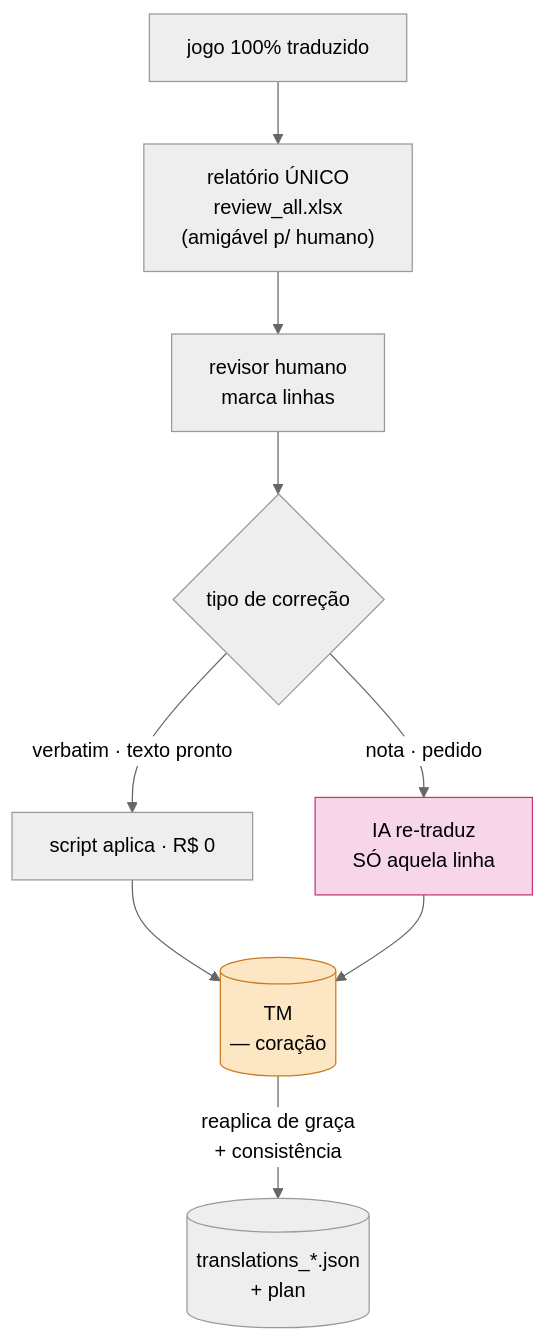
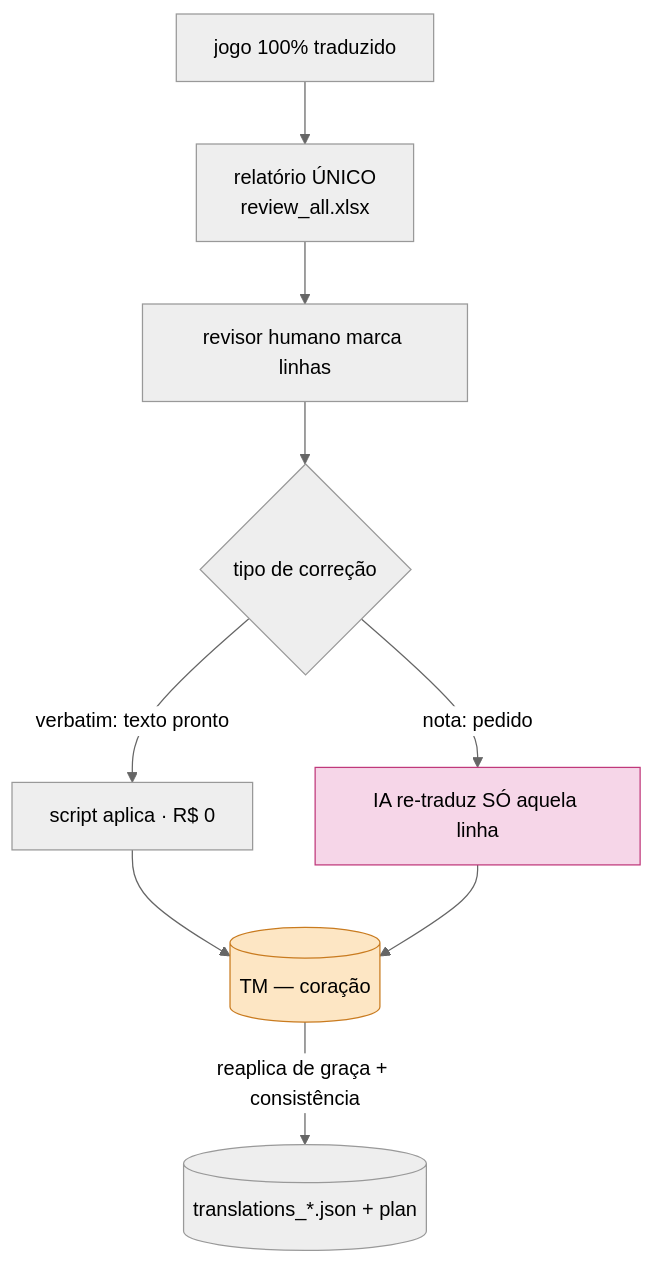
The fifth of 6 diagrams in docs/GOVERNANCE.md (scudellerlemos/translation-cognition-framework), drawn with Mermaid (neutral theme) before and after one commit. The commit also changed other lines of this file and 14 other files, not shown here.

Commit message:
docs: reescreve 15 docs com C4 em mermaid e linguagem simples

````diff
--- a/docs/GOVERNANCE.md
+++ b/docs/GOVERNANCE.md
@@ -139,15 +140,15 @@
 ```mermaid
 flowchart TB
-  done["jogo 100% traduzido"] --> rep["relatório ÚNICO<br/>review_all.xlsx<br/>(amigável p/ humano)"]
-  rep --> human["revisor humano<br/>marca linhas"]
+  done["jogo 100% traduzido"] --> rep["relatório ÚNICO<br/>review_all.xlsx"]
+  rep --> human["revisor humano marca linhas"]
   human --> apply{"tipo de correção"}
-  apply -->|"verbatim · texto pronto"| free["script aplica · R$ 0"]
-  apply -->|"nota · pedido"| ai["IA re-traduz<br/>SÓ aquela linha"]
-  free --> tm[("TM<br/>— coração")]
+  apply -->|"verbatim: texto pronto"| free["script aplica · R$ 0"]
+  apply -->|"nota: pedido"| ai["IA re-traduz SÓ aquela linha"]
+  free --> tm[("TM — coração")]
   ai --> tm
-  tm -->|"reaplica de graça<br/>+ consistência"| canon[("translations_*.json<br/>+ plan")]
+  tm -->|"reaplica de graça + consistência"| canon[("translations_*.json + plan")]
   classDef ia fill:#f6d6e8,stroke:#c0397b,color:#000;
   classDef heart fill:#fde6c4,stroke:#c97b1f,color:#000;
   class ai ia;
   class tm heart;
 ```
````
